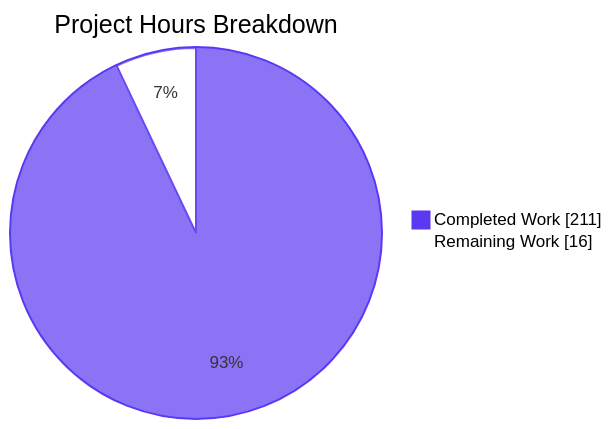
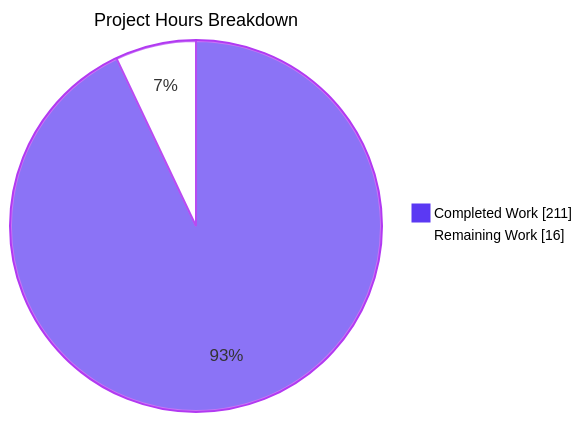
One commit to Blitzy-Sandbox/blitzy-localgcp changed the second of 4 diagrams in blitzy/documentation/Project Guide.md. Above: the diagram before and after it, drawn with Mermaid. The commit also changed other lines of this file, not shown here.

````diff
--- a/blitzy/documentation/Project Guide.md
+++ b/blitzy/documentation/Project Guide.md
@@ -255,6 +315,6 @@
 ```mermaid
-%%{init: {'themeVariables': {'pie1': '#5B39F3', 'pie2': '#FFFFFF', 'pieStrokeColor': '#5B39F3', 'pieOuterStrokeColor': '#5B39F3'}}}%%
+%%{init: {'themeVariables': {'pie1':'#5B39F3','pie2':'#FFFFFF','pieStrokeColor':'#B23AF2','pieOuterStrokeColor':'#B23AF2','pieTitleTextSize':'18px','pieLegendTextSize':'14px'}}}%%
 pie showData title Project Hours Breakdown
     "Completed Work" : 211
     "Remaining Work" : 16
 ```
````
